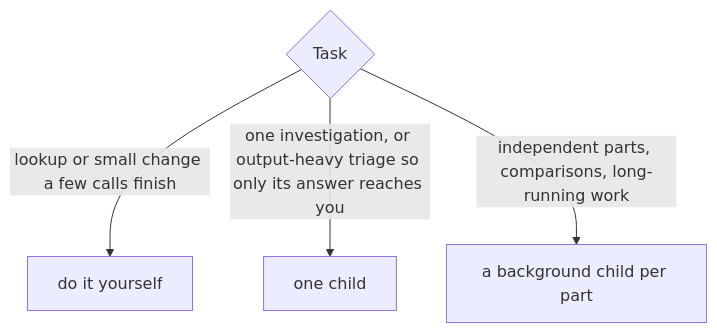
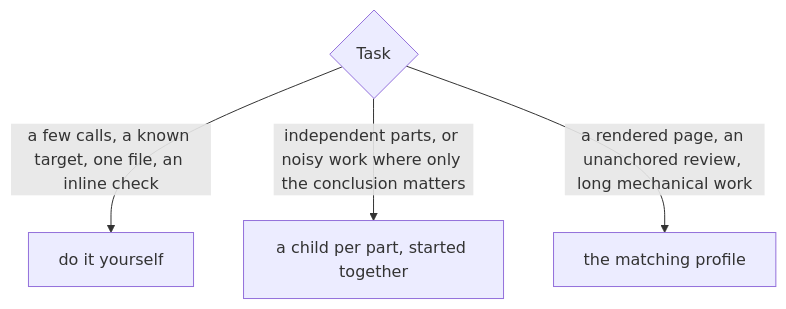
One commit to bgauryy/octocode-coding-agent changed the diagram in packages/coding-agent/src/octocode/instructions/policy/delegation.md. Above: the diagram before and after it, drawn with Mermaid. The commit also changed other lines of this file and 509 other files, not shown here.

````diff
--- a/packages/coding-agent/src/octocode/instructions/policy/delegation.md
+++ b/packages/coding-agent/src/octocode/instructions/policy/delegation.md
@@ -4,6 +3,6 @@
 ```mermaid
 flowchart TD
-  T{Task} -->|lookup or small change a few calls finish| N[do it yourself]
-  T -->|one investigation, or output-heavy triage so only its answer reaches you| C[one child]
-  T -->|independent parts, comparisons, long-running work| G[a background child per part]
+  T{Task} -->|a few calls, a known target, one file, an inline check| N[do it yourself]
+  T -->|independent parts, or noisy work where only the conclusion matters| G[a child per part, started together]
+  T -->|a rendered page, an unanchored review, long mechanical work| C[the matching profile]
 ```
````
